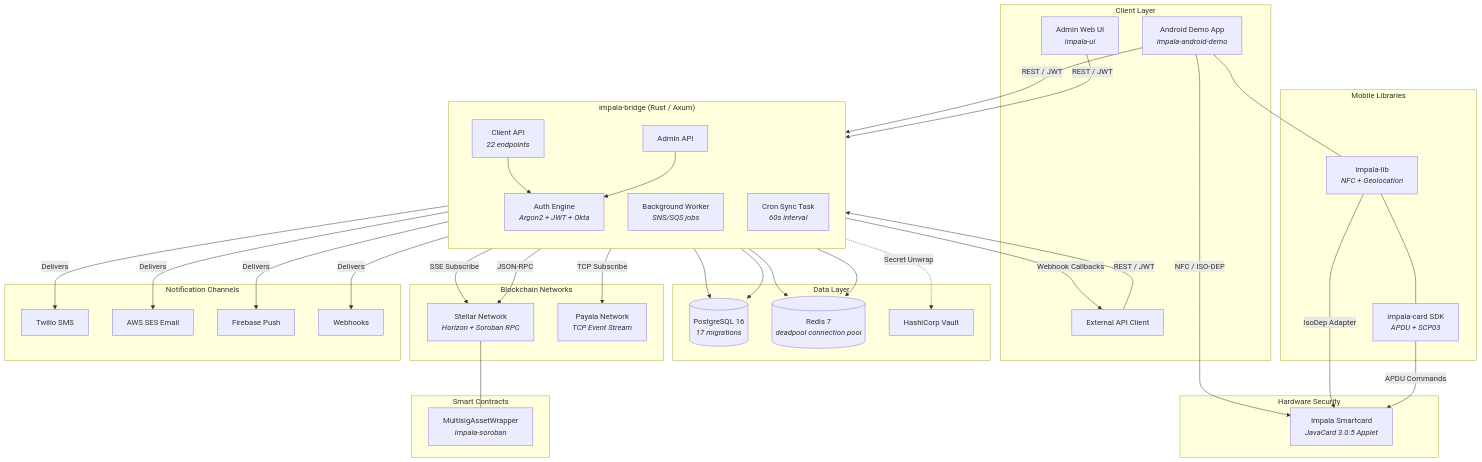
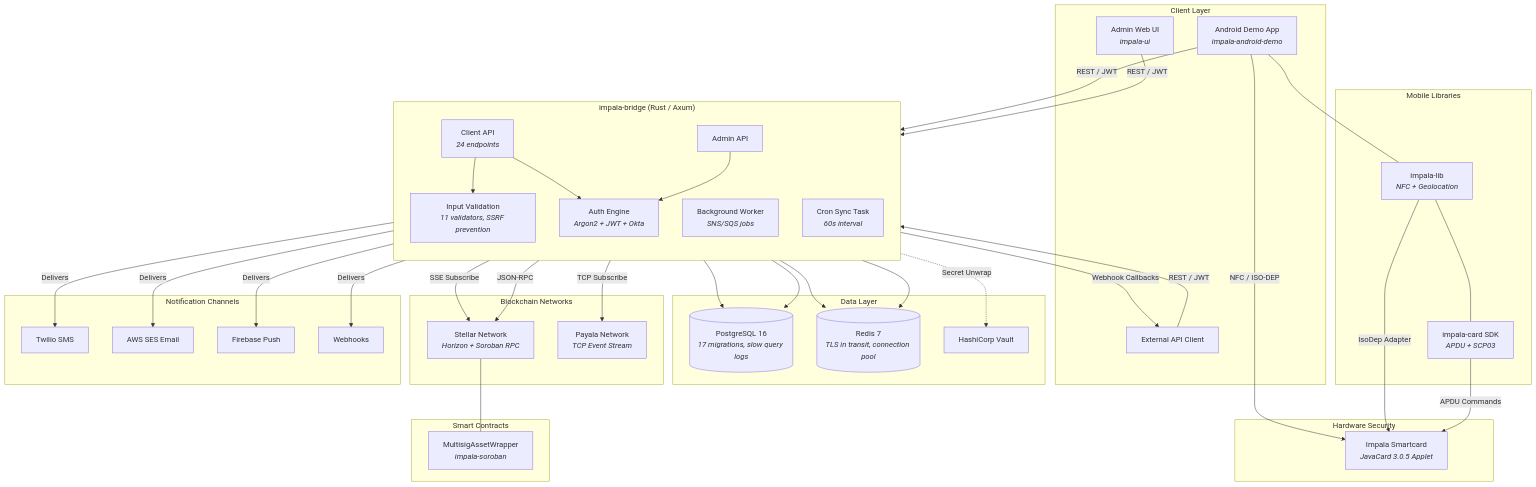
The first of 14 diagrams in ARCHITECTURE.md (Financial-Empowerment-Partners/impala), drawn with Mermaid before and after one commit. The commit also changed other lines of this file and 46 other files, not shown here.

````diff
--- a/ARCHITECTURE.md
+++ b/ARCHITECTURE.md
@@ -17,79 +70,81 @@
 ```mermaid
 graph TB
     subgraph Clients["Client Layer"]
         AndroidApp["Android Demo App<br/><i>impala-android-demo</i>"]
         AdminUI["Admin Web UI<br/><i>impala-ui</i>"]
         ExtClient["External API Client"]
     end
 
     subgraph Bridge["impala-bridge &lpar;Rust / Axum&rpar;"]
         direction TB
-        ClientAPI["Client API<br/><i>22 endpoints</i>"]
+        ClientAPI["Client API<br/><i>24 endpoints</i>"]
         AdminAPI["Admin API"]
         AuthEngine["Auth Engine<br/><i>Argon2 + JWT + Okta</i>"]
+        Validation["Input Validation<br/><i>11 validators, SSRF prevention</i>"]
         Worker["Background Worker<br/><i>SNS/SQS jobs</i>"]
         CronSync["Cron Sync Task<br/><i>60s interval</i>"]
     end
 
     subgraph Storage["Data Layer"]
-        Postgres[("PostgreSQL 16<br/><i>17 migrations</i>")]
-        Redis[("Redis 7<br/><i>deadpool connection pool</i>")]
+        Postgres[("PostgreSQL 16<br/><i>17 migrations, slow query logs</i>")]
+        Redis[("Redis 7<br/><i>TLS in transit, connection pool</i>")]
         Vault["HashiCorp Vault"]
     end
 
     subgraph Networks["Blockchain Networks"]
         Stellar["Stellar Network<br/><i>Horizon + Soroban RPC</i>"]
         Payala["Payala Network<br/><i>TCP Event Stream</i>"]
     end
 
     subgraph Hardware["Hardware Security"]
         Card["Impala Smartcard<br/><i>JavaCard 3.0.5 Applet</i>"]
     end
 
     subgraph MobileLibs["Mobile Libraries"]
         ImpalaLib["impala-lib<br/><i>NFC + Geolocation</i>"]
         ImpalaSDK["impala-card SDK<br/><i>APDU + SCP03</i>"]
     end
 
     subgraph Contracts["Smart Contracts"]
         Soroban["MultisigAssetWrapper<br/><i>impala-soroban</i>"]
     end
 
     subgraph Notifications["Notification Channels"]
         Twilio["Twilio SMS"]
         SES["AWS SES Email"]
         FCM["Firebase Push"]
         Webhooks["Webhooks"]
     end
 
     AndroidApp -->|"REST / JWT"| ClientAPI
     AdminUI -->|"REST / JWT"| AdminAPI
     ExtClient -->|"REST / JWT"| ClientAPI
 
+    ClientAPI --> Validation
     ClientAPI --> AuthEngine
     AdminAPI --> AuthEngine
     AuthEngine --> Postgres
     AuthEngine --> Redis
 
     Bridge --> Postgres
     Bridge --> Redis
     Bridge -.->|"Secret Unwrap"| Vault
 
     ClientAPI -->|"SSE Subscribe"| Stellar
     ClientAPI -->|"JSON-RPC"| Stellar
     ClientAPI -->|"TCP Subscribe"| Payala
     CronSync -->|"Webhook Callbacks"| ExtClient
 
     Worker -->|"Delivers"| Twilio
     Worker -->|"Delivers"| SES
     Worker -->|"Delivers"| FCM
     Worker -->|"Delivers"| Webhooks
 
     Stellar --- Soroban
 
     AndroidApp -->|"NFC / ISO-DEP"| Card
     ImpalaLib -->|"IsoDep Adapter"| Card
     ImpalaSDK -->|"APDU Commands"| Card
     AndroidApp --- ImpalaLib
     ImpalaLib --- ImpalaSDK
 ```
````
